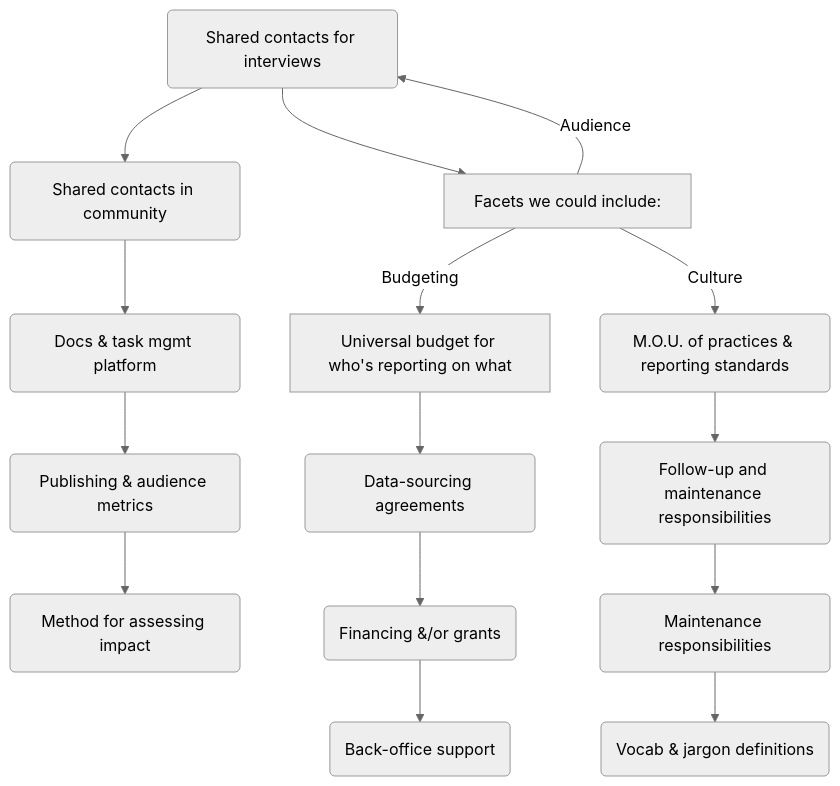
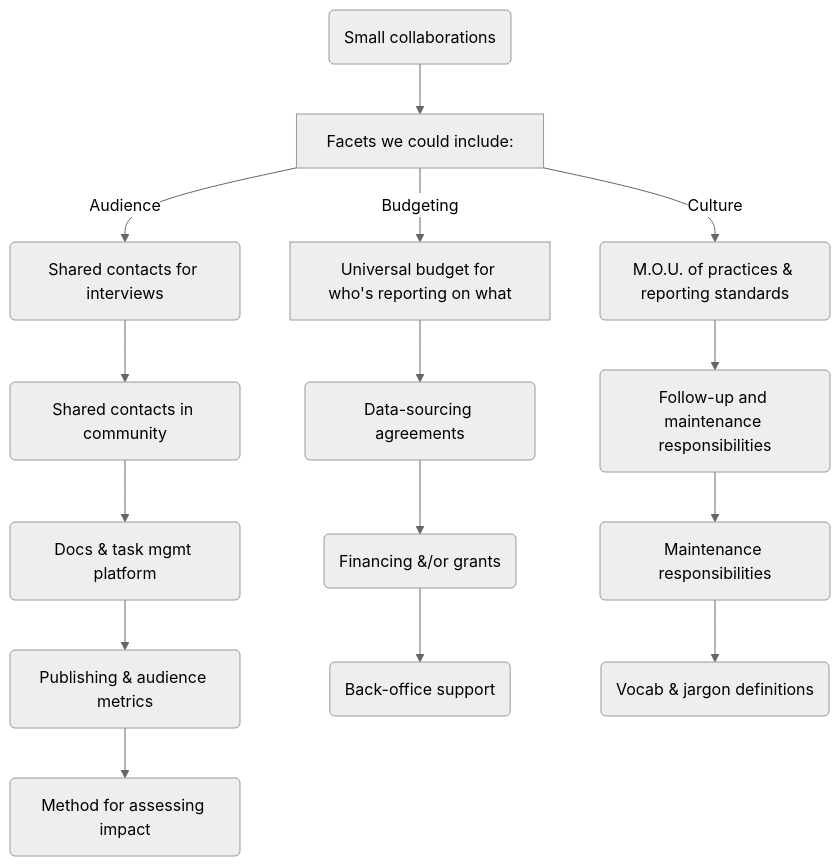
Before and after one commit to tiffehr/collaboration-capstone: the second of 4 diagrams in docs/README.md, drawn with Mermaid (neutral theme). The commit also changed other lines of this file, not shown here.

Commit message:
cleanup initial IDs on chart tops, v2

```diff
--- a/docs/README.md
+++ b/docs/README.md
@@ -34,17 +34,17 @@
 <div class="mermaid">
 graph TD
-  A{{"Small" collaborations}} --> F[Facets we could include:]
+  SM("Small" collaborations) --> F[Facets we could include:]
     F --> |Audience| A(Shared contacts for interviews)
       A --> a1(Shared contacts in community)
       a1 --> a2(Docs & task mgmt platform)
       a2 --> a3(Publishing & audience metrics)
       a3 --> a4(Method for assessing impact)
     F --> |Budgeting| B[Universal budget for who's reporting on what]
       B --> b1(Data-sourcing agreements)
       b1 --> b2(Financing &/or grants)
       b2 --> b3(Back-office support)
     F --> |Culture| C(M.O.U. of practices & reporting standards)
       C --> c1(Follow-up and maintenance responsibilities)
       c1 --> c2(Maintenance responsibilities)
       c2 --> c3(Vocab & jargon definitions)
 </div>
```
